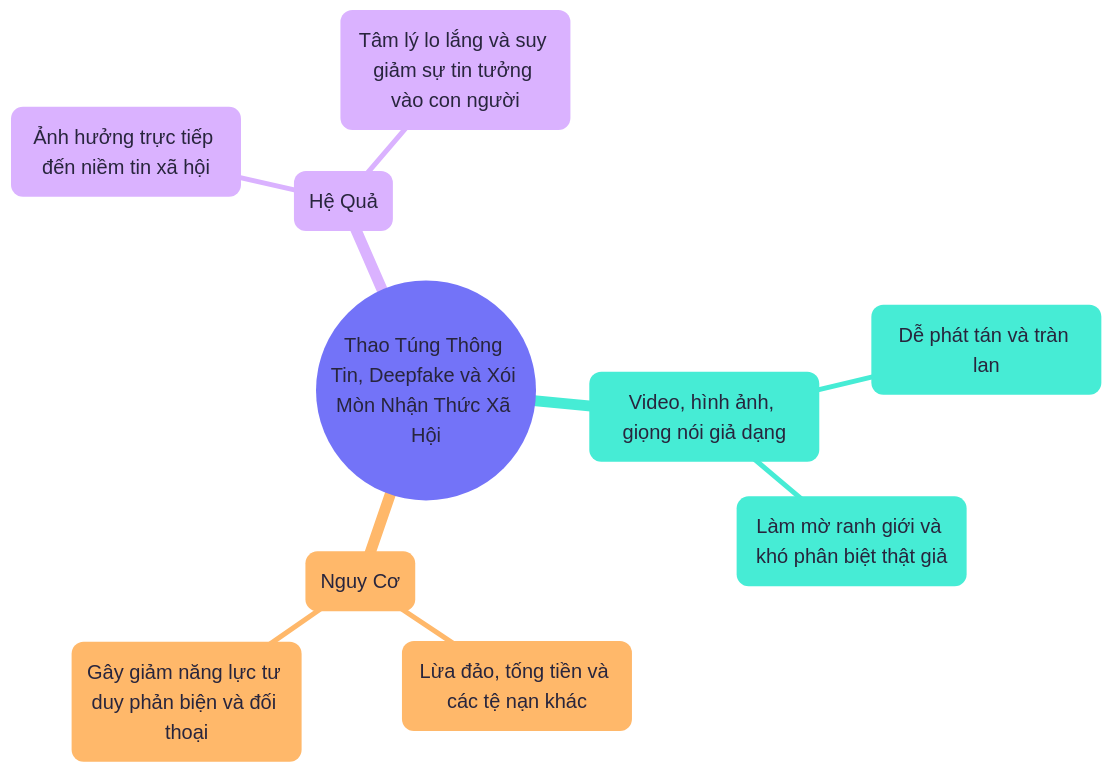
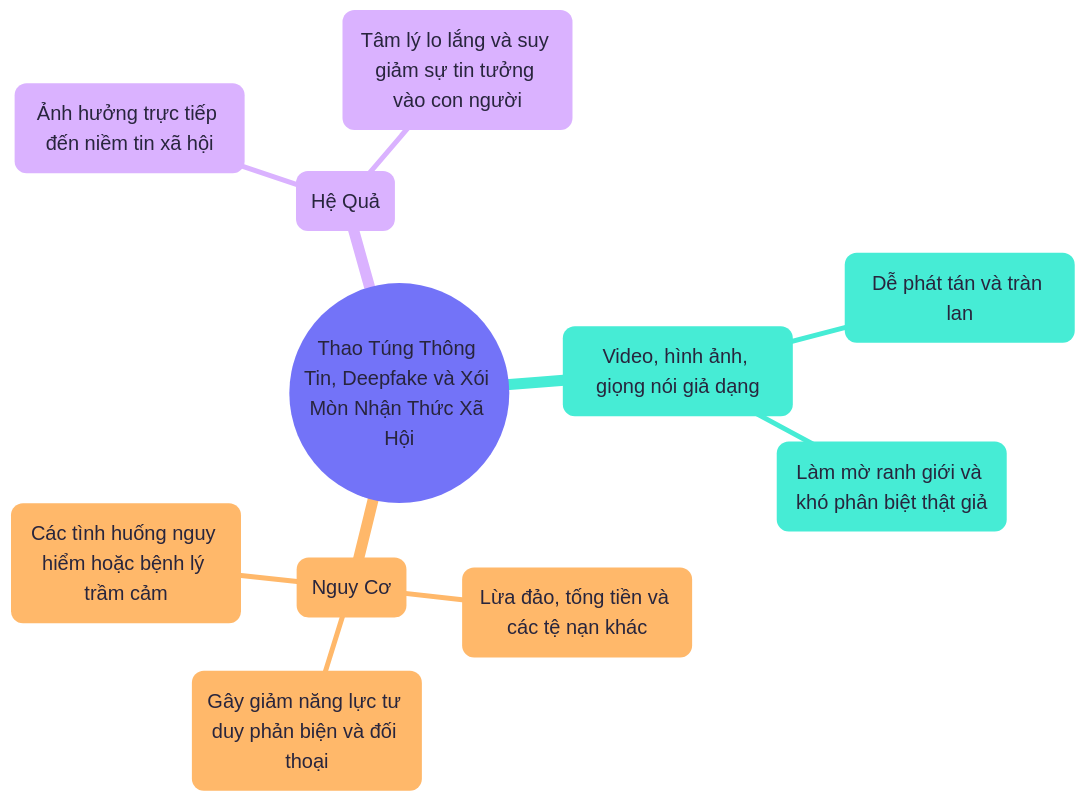
The diagram in content/diagrams/chapter05-thao-tung-thong-tin-deepfake-va-xoi-mon.mmd (sam-uit/typst-report-template), drawn with Mermaid before and after one commit. The commit also changed 2 other files, not shown here.

```diff
--- a/content/diagrams/chapter05-thao-tung-thong-tin-deepfake-va-xoi-mon.mmd
+++ b/content/diagrams/chapter05-thao-tung-thong-tin-deepfake-va-xoi-mon.mmd
@@ -1,18 +1,19 @@
 ---
 config:
   theme: redux-color
   themeVariables:
     fontFamily: Google Sans
     fontSize: 20px
 ---
 mindmap
   root(("Thao Túng Thông Tin, Deepfake và Xói Mòn Nhận Thức Xã Hội"))
     (Video, hình ảnh, giọng nói giả dạng)
       Dễ phát tán và tràn lan
       Làm mờ ranh giới và khó phân biệt thật giả
     (Nguy Cơ)
       Lừa đảo, tống tiền và các tệ nạn khác
       Gây giảm năng lực tư duy phản biện và đối thoại
+      Các tình huống nguy hiểm hoặc bệnh lý trầm cảm
     (Hệ Quả)
       Ảnh hưởng trực tiếp đến niềm tin xã hội
       Tâm lý lo lắng và suy giảm sự tin tưởng vào con người
```
